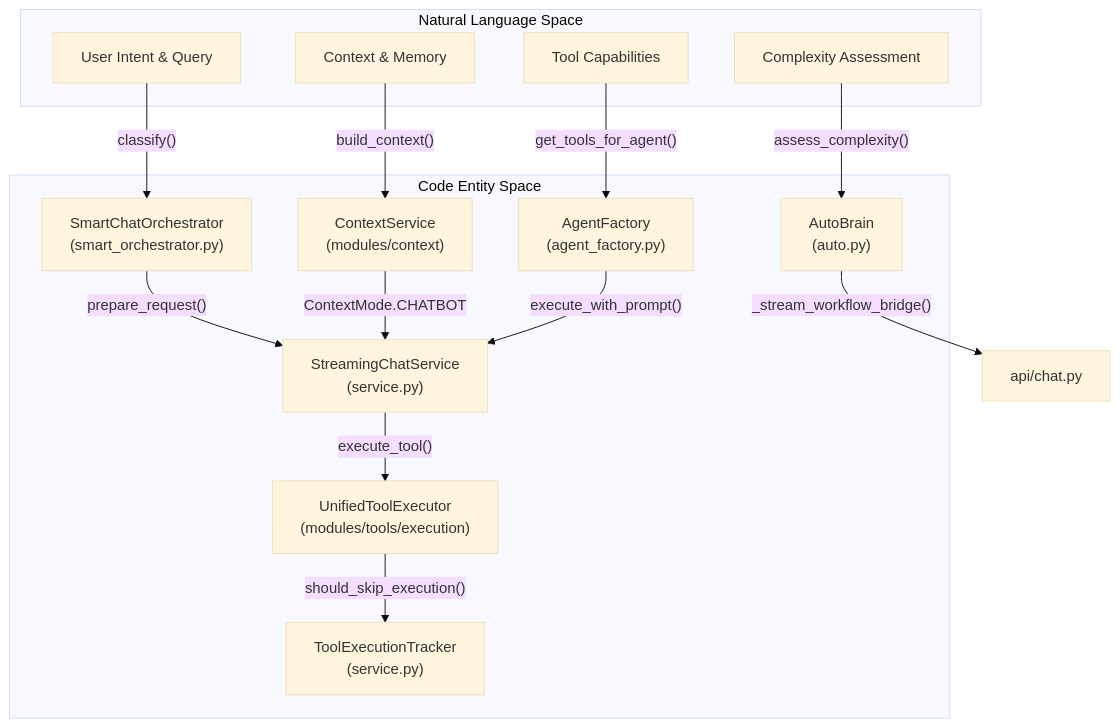
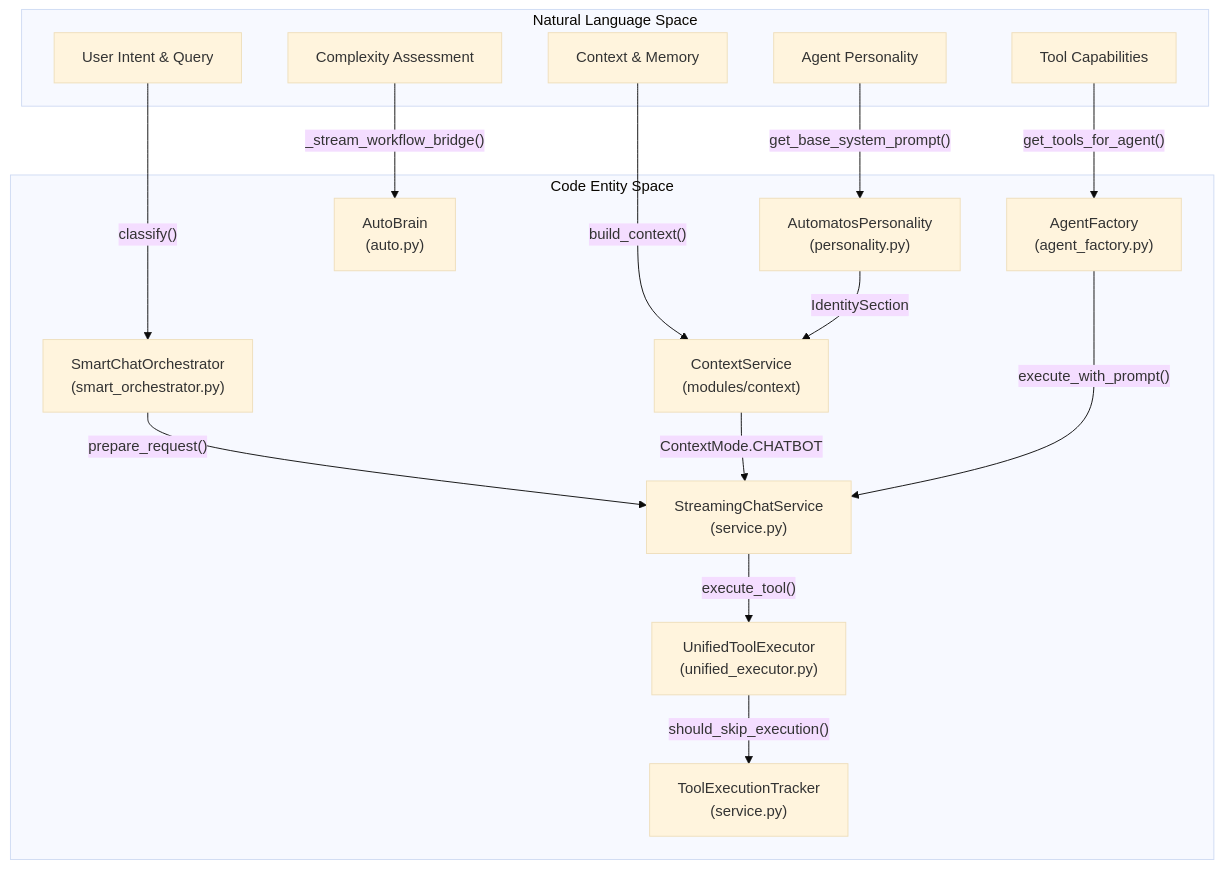
One commit to AutomatosAI/automatos-ai changed the first of 3 diagrams in docs/chat-interface/streaming-chat-service.md. Above: the diagram before and after it, drawn with Mermaid (base theme). The commit also changed other lines of this file and 153 other files, not shown here.

````diff
--- a/docs/chat-interface/streaming-chat-service.md
+++ b/docs/chat-interface/streaming-chat-service.md
@@ -53,30 +38,33 @@
 ```mermaid
 graph TD
     subgraph "Natural Language Space"
         UserIntent["User Intent & Query"]
         Context["Context & Memory"]
         Tools["Tool Capabilities"]
         Complexity["Complexity Assessment"]
+        Persona["Agent Personality"]
     end
 
     subgraph "Code Entity Space"
         SCS["StreamingChatService<br/>(service.py)"]
         SCO["SmartChatOrchestrator<br/>(smart_orchestrator.py)"]
         CS["ContextService<br/>(modules/context)"]
         AF["AgentFactory<br/>(agent_factory.py)"]
-        UTE["UnifiedToolExecutor<br/>(modules/tools/execution)"]
+        UTE["UnifiedToolExecutor<br/>(unified_executor.py)"]
         TET["ToolExecutionTracker<br/>(service.py)"]
         AB["AutoBrain<br/>(auto.py)"]
+        AP["AutomatosPersonality<br/>(personality.py)"]
     end
 
     UserIntent -->|"classify()"| SCO
     SCO -->|"prepare_request()"| SCS
     Context -->|"build_context()"| CS
     CS -->|"ContextMode.CHATBOT"| SCS
     Tools -->|"get_tools_for_agent()"| AF
     AF -->|"execute_with_prompt()"| SCS
     SCS -->|"execute_tool()"| UTE
     UTE -->|"should_skip_execution()"| TET
-    Complexity -->|"assess_complexity()"| AB
-    AB -->|"_stream_workflow_bridge()"| AB_API["api/chat.py"]
+    Complexity -->|"_stream_workflow_bridge()"| AB
+    Persona -->|"get_base_system_prompt()"| AP
+    AP -->|"IdentitySection"| CS
 ```
````
